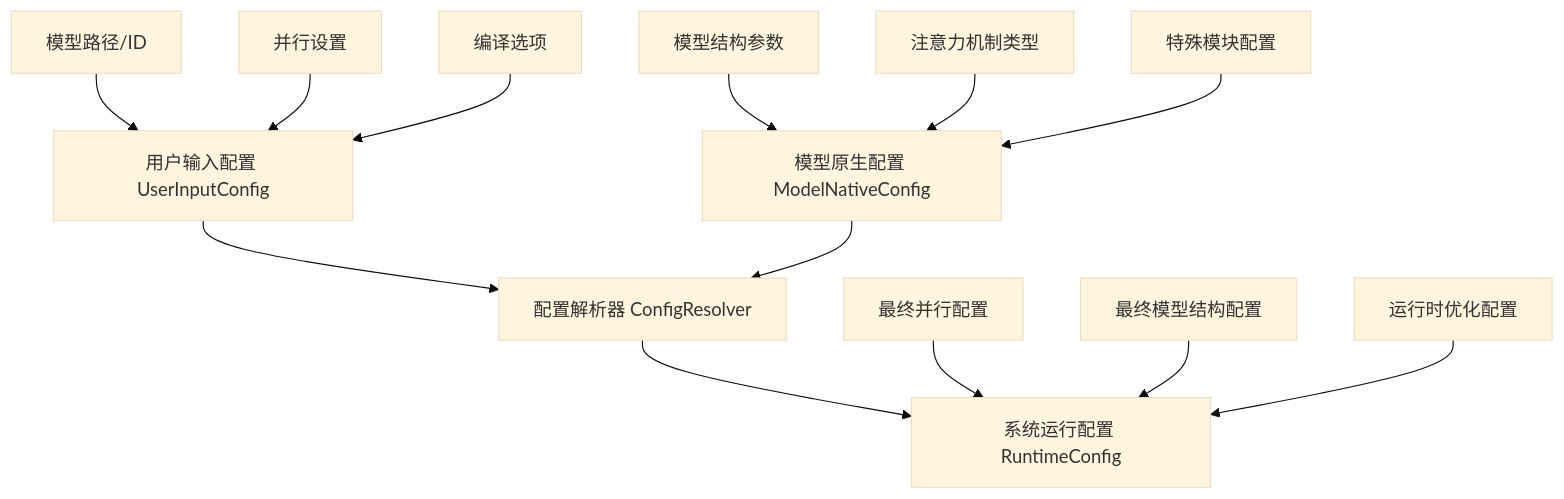
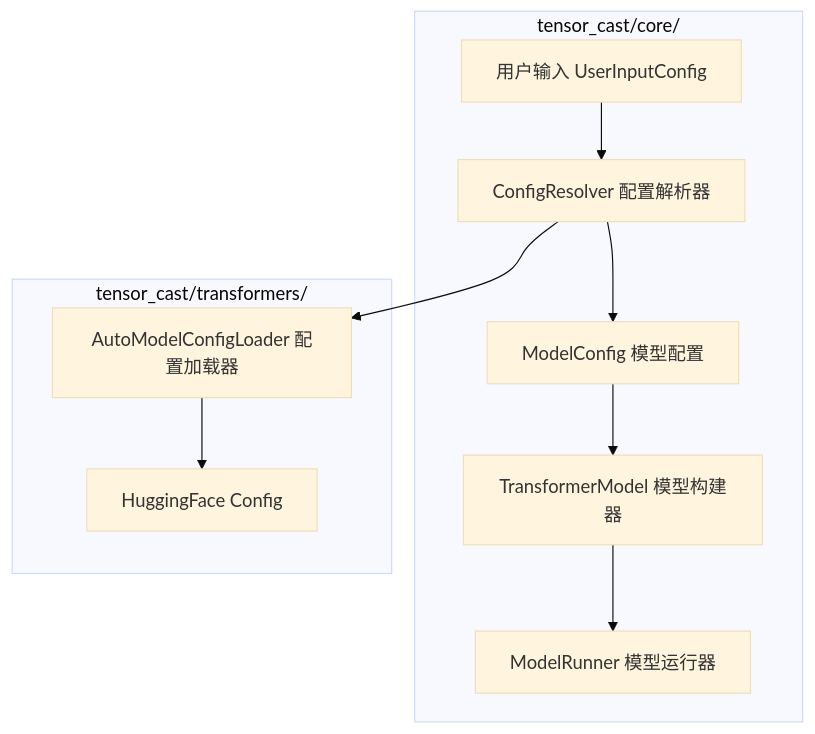
The first of 4 diagrams in docs/RFC/rfc_general_model_config_loader_zh.md (Cztk5380/msmodeling), drawn with Mermaid (base theme) before and after one commit. The commit also changed other lines of this file, not shown here.

````diff
--- a/docs/RFC/rfc_general_model_config_loader_zh.md
+++ b/docs/RFC/rfc_general_model_config_loader_zh.md
@@ -26,15 +27,22 @@
 ```mermaid
 graph TD
-    A[用户输入配置 UserInputConfig] --> C[配置解析器 ConfigResolver]
-    B[模型原生配置 ModelNativeConfig] --> C
-    C --> D[系统运行配置 RuntimeConfig]
-    A1[模型路径/ID] --> A
-    A3[并行设置] --> A
-    A4[编译选项] --> A
-    B1[模型结构参数] --> B
-    B2[注意力机制类型] --> B
-    B3[特殊模块配置] --> B
-    D2[最终并行配置] --> D
-    D3[最终模型结构配置] --> D
-    D4[运行时优化配置] --> D
+    A[用户输入 UserInputConfig] --> B[ConfigResolver 配置解析器]
+    B --> C[ModelConfig 模型配置]
+    C --> D[TransformerModel 模型构建器]
+    D --> E[ModelRunner 模型运行器]
+    B --> F[AutoModelConfigLoader 配置加载器]
+    F --> G[HuggingFace Config]
+    
+    subgraph "tensor_cast/core/"
+        A
+        B
+        C
+        D
+        E
+    end
+    
+    subgraph "tensor_cast/transformers/"
+        F
+        G
+    end
 ```
````
